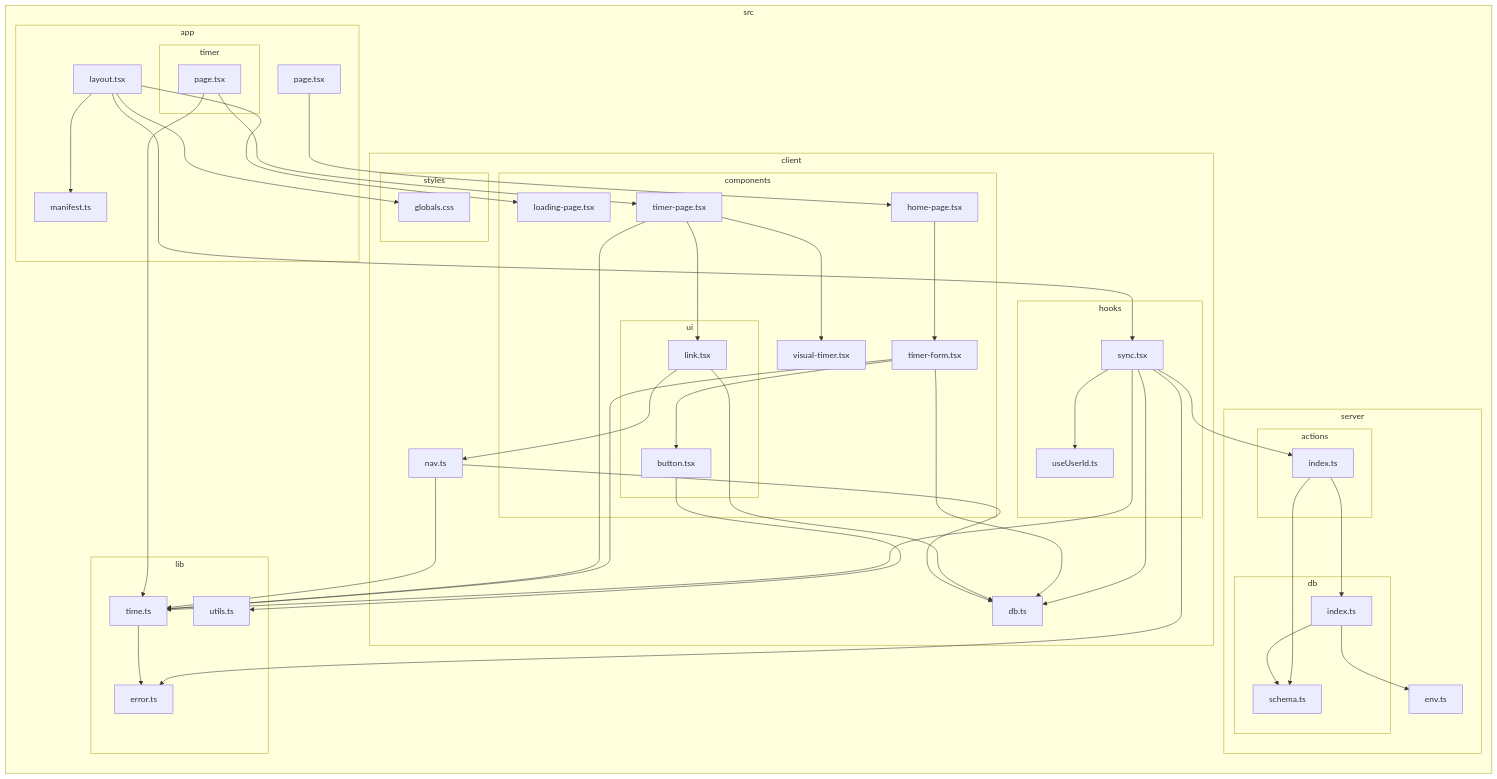
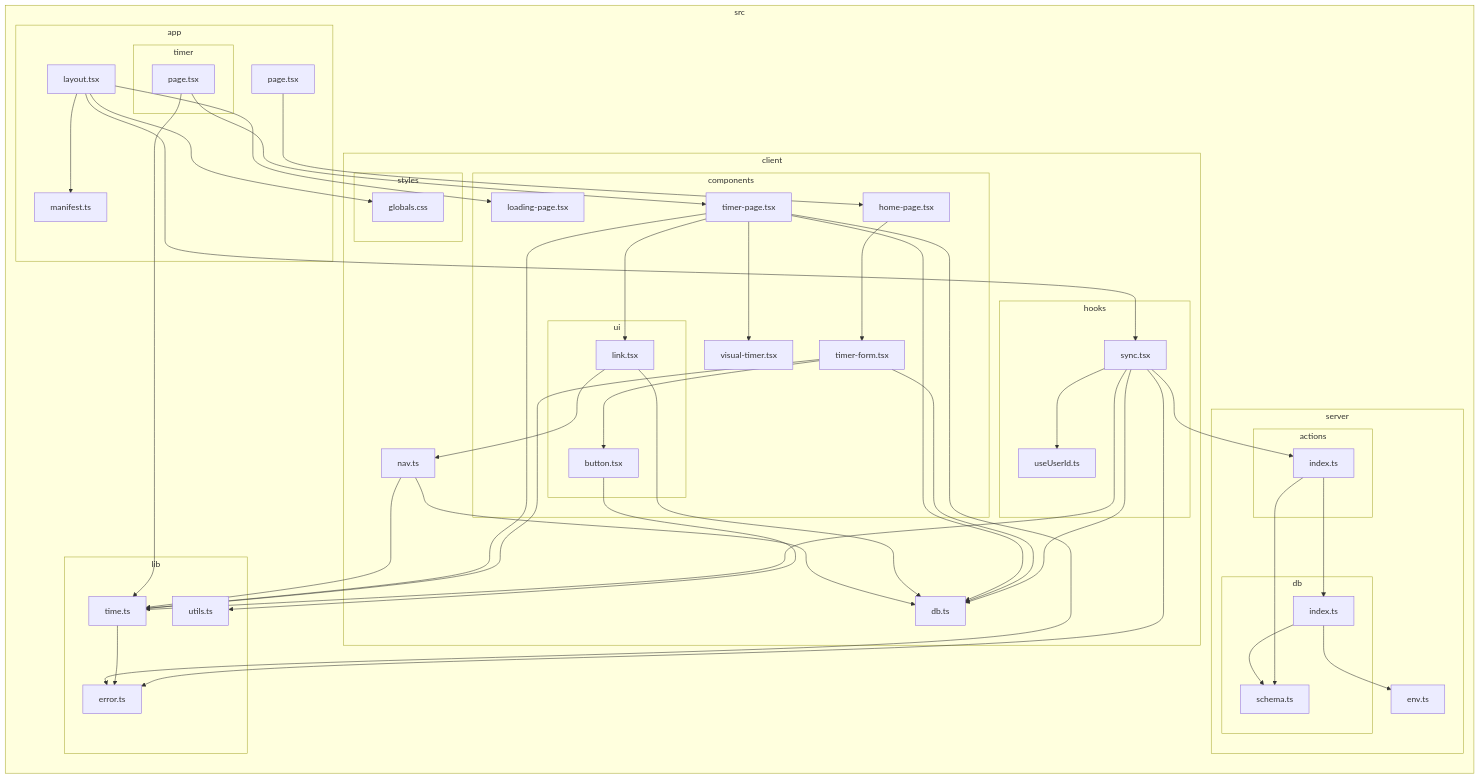
The diagram in reports/dependency-graph.mmd (axolotl-logic/axolotl-time), drawn with Mermaid before and after one commit. The commit also changed 1 other file, not shown here.

```diff
--- a/reports/dependency-graph.mmd
+++ b/reports/dependency-graph.mmd
@@ -1,78 +1,80 @@
 flowchart LR
 
 subgraph 0["src"]
 subgraph 1["app"]
 2["layout.tsx"]
 6["manifest.ts"]
 N["page.tsx"]
 subgraph T["timer"]
 U["page.tsx"]
 end
 end
 subgraph 3["client"]
 subgraph 4["styles"]
 5["globals.css"]
 end
 subgraph 7["components"]
 8["loading-page.tsx"]
 O["home-page.tsx"]
 P["timer-form.tsx"]
 subgraph Q["ui"]
 R["button.tsx"]
 W["link.tsx"]
 end
 V["timer-page.tsx"]
 Y["visual-timer.tsx"]
 end
 subgraph 9["hooks"]
 A["sync.tsx"]
 B["useUserId.ts"]
 end
 C["db.ts"]
 X["nav.ts"]
 end
 subgraph D["lib"]
 E["error.ts"]
 F["time.ts"]
 S["utils.ts"]
 end
 subgraph G["server"]
 subgraph H["actions"]
 I["index.ts"]
 end
 subgraph J["db"]
 K["schema.ts"]
 L["index.ts"]
 end
 M["env.ts"]
 end
 end
 2-->6
 2-->8
 2-->A
 2-->5
 A-->B
 A-->C
 A-->E
 A-->F
 A-->I
 F-->E
 I-->K
 I-->L
 L-->K
 L-->M
 N-->O
 O-->P
 P-->R
 P-->C
 P-->F
 R-->S
 U-->V
 U-->F
+V-->C
 V-->W
 V-->Y
+V-->E
 V-->F
 W-->C
 W-->X
 X-->C
 X-->F
```
